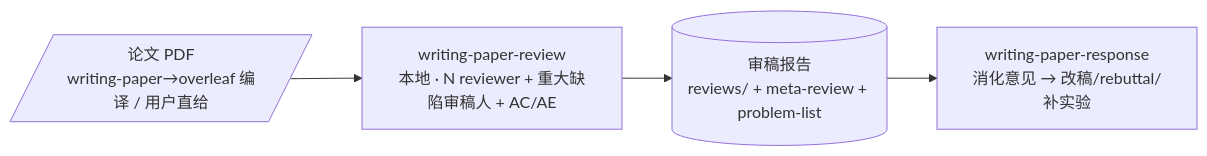
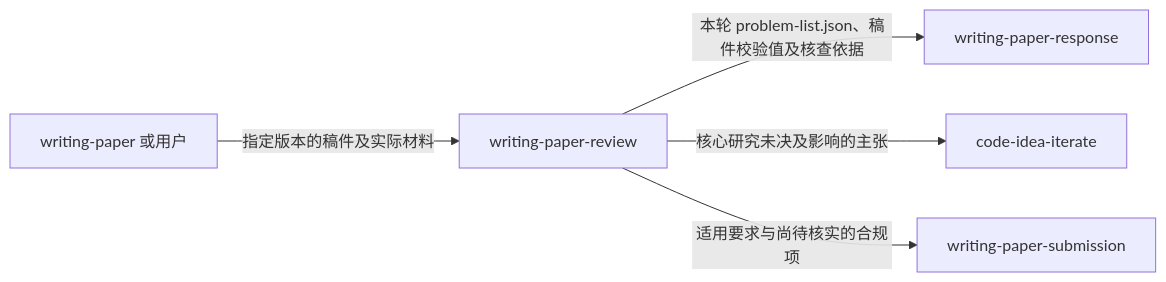
One commit to jackwang0108/dl-assistant changed the first of 2 diagrams in plugins/dl-assistant/skills/writing-paper-review/SKILL.md. Above: the diagram before and after it, drawn with Mermaid. The commit also changed other lines of this file and 32 other files, not shown here.

Commit message:
Rework paper review and versioned findings handoff

````diff
--- a/plugins/dl-assistant/skills/writing-paper-review/SKILL.md
+++ b/plugins/dl-assistant/skills/writing-paper-review/SKILL.md
@@ -24,6 +12,7 @@
 ```mermaid
 flowchart LR
-    PDF[/论文 PDF<br/>writing-paper→overleaf 编译 / 用户直给/] --> WPR["writing-paper-review<br/>本地 · N reviewer + 重大缺陷审稿人 + AC/AE"]
-    WPR --> REVIEW[("审稿报告<br/>reviews/ + meta-review + problem-list")]
-    REVIEW --> WRESP["writing-paper-response<br/>消化意见 → 改稿/rebuttal/补实验"]
+    WP["writing-paper 或用户"] -->|"指定版本的稿件及实际材料"| R["writing-paper-review"]
+    R -->|"本轮 problem-list.json、稿件校验值及核查依据"| WRESP["writing-paper-response"]
+    R -->|"核心研究未决及影响的主张"| IT["code-idea-iterate"]
+    R -->|"适用要求与尚待核实的合规项"| SUB["writing-paper-submission"]
 ```
````
